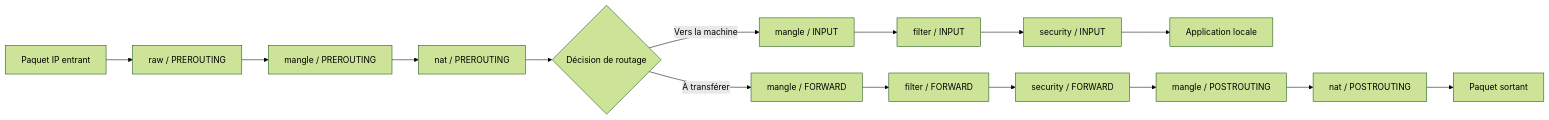
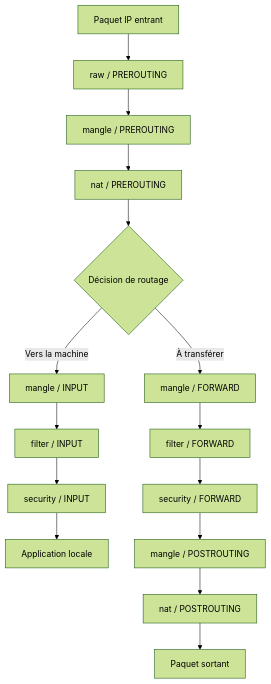
The first of 2 diagrams in _notes/durcissement/firewall/iptables.md (ophenix-maisonneuve/420-950-ma-site-web), drawn with Mermaid (forest theme) before and after one commit. The commit also changed other lines of this file, not shown here.

````diff
--- a/_notes/durcissement/firewall/iptables.md
+++ b/_notes/durcissement/firewall/iptables.md
@@ -53,19 +55,19 @@
 ```mermaid
-flowchart LR
+flowchart TD
     A[Paquet IP entrant] --> B[raw / PREROUTING]
     B --> C[mangle / PREROUTING]
     C --> D[nat / PREROUTING]
     D --> E{Décision de routage}
 
     E -->|Vers la machine| F[mangle / INPUT]
     F --> G[filter / INPUT]
     G --> H[security / INPUT]
     H --> I[Application locale]
 
     E -->|À transférer| J[mangle / FORWARD]
     J --> K[filter / FORWARD]
     K --> L[security / FORWARD]
     L --> M[mangle / POSTROUTING]
     M --> N[nat / POSTROUTING]
     N --> O[Paquet sortant]
 ```
````
